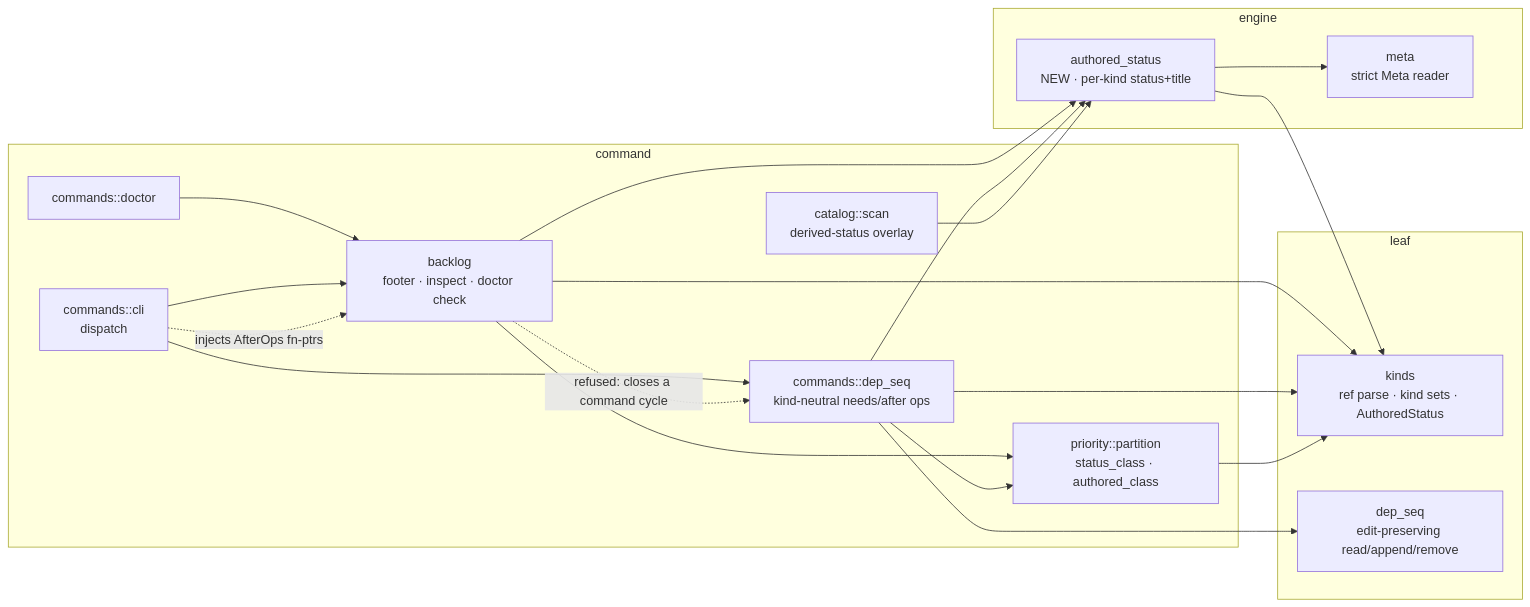
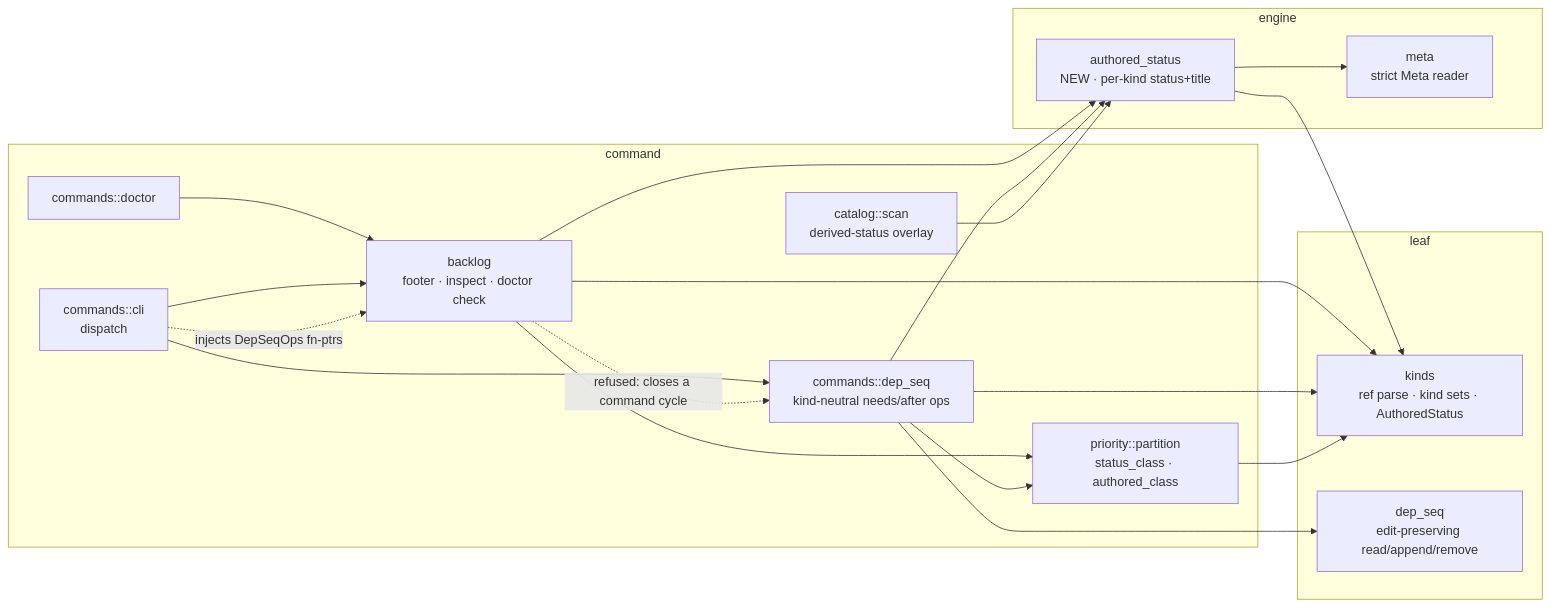
The first of 2 diagrams in .doctrine/slice/238/design.md (davidlee/doctrine), drawn with Mermaid before and after one commit. The commit also changed other lines of this file and 7 other files, not shown here.

````diff
--- a/.doctrine/slice/238/design.md
+++ b/.doctrine/slice/238/design.md
@@ -128,35 +136,35 @@
 ```mermaid
 flowchart LR
   subgraph leaf
     K["kinds<br/>ref parse · kind sets · AuthoredStatus"]
     DS["dep_seq<br/>edit-preserving read/append/remove"]
   end
   subgraph engine
     M["meta<br/>strict Meta reader"]
     AS["authored_status<br/>NEW · per-kind status+title"]
   end
   subgraph command
     BL["backlog<br/>footer · inspect · doctor check"]
     CD["commands::dep_seq<br/>kind-neutral needs/after ops"]
     CLI["commands::cli<br/>dispatch"]
     P["priority::partition<br/>status_class · authored_class"]
     CS["catalog::scan<br/>derived-status overlay"]
     D["commands::doctor"]
   end
   BL --> AS
   BL --> K
   BL --> P
   CD --> AS
   CD --> K
   CD --> P
   CD --> DS
   CS --> AS
   AS --> M
   AS --> K
   P --> K
   D --> BL
   CLI --> BL
   CLI --> CD
-  CLI -.->|injects AfterOps fn-ptrs| BL
+  CLI -.->|injects DepSeqOps fn-ptrs| BL
   BL -.->|refused: closes a command cycle| CD
 ```
````
